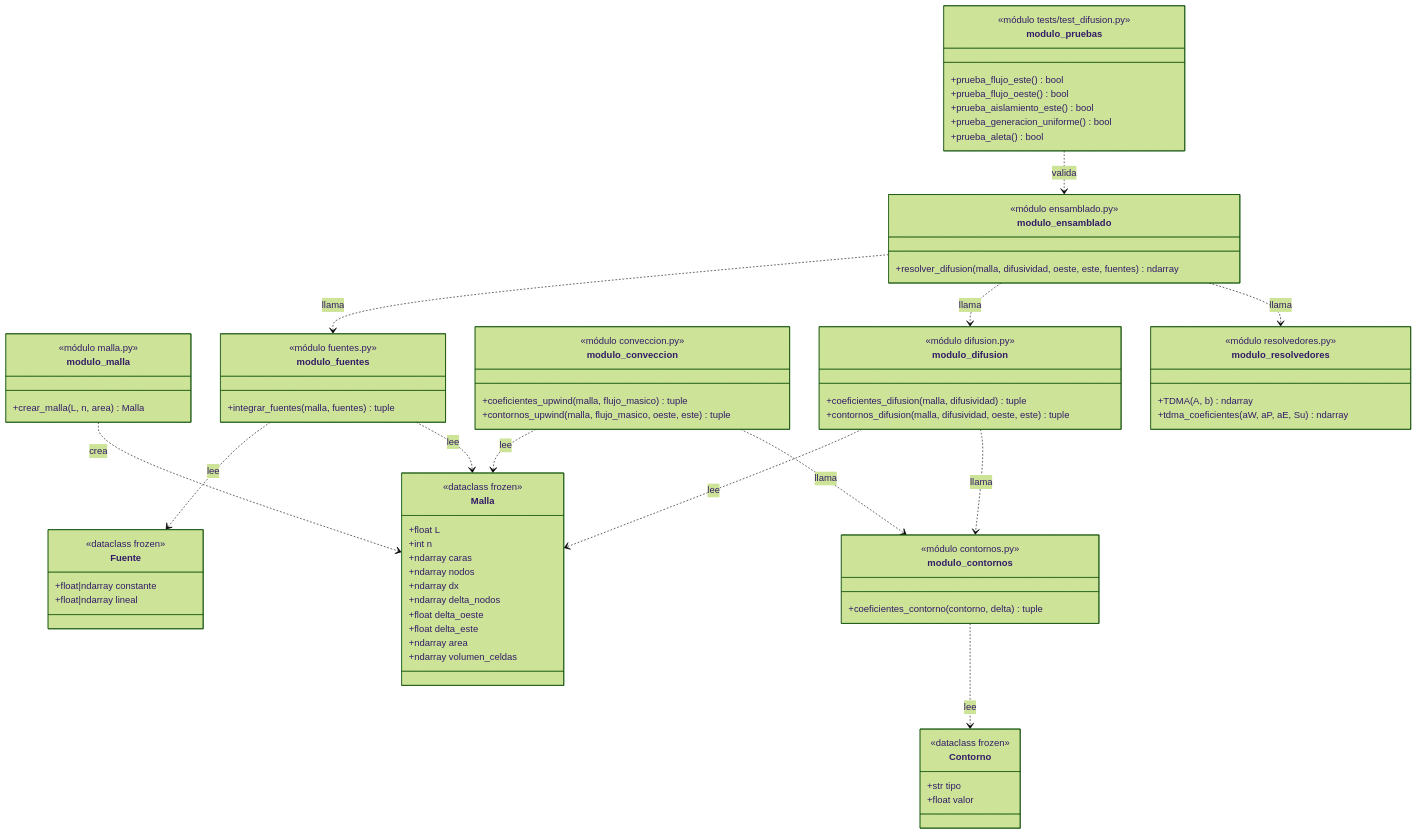
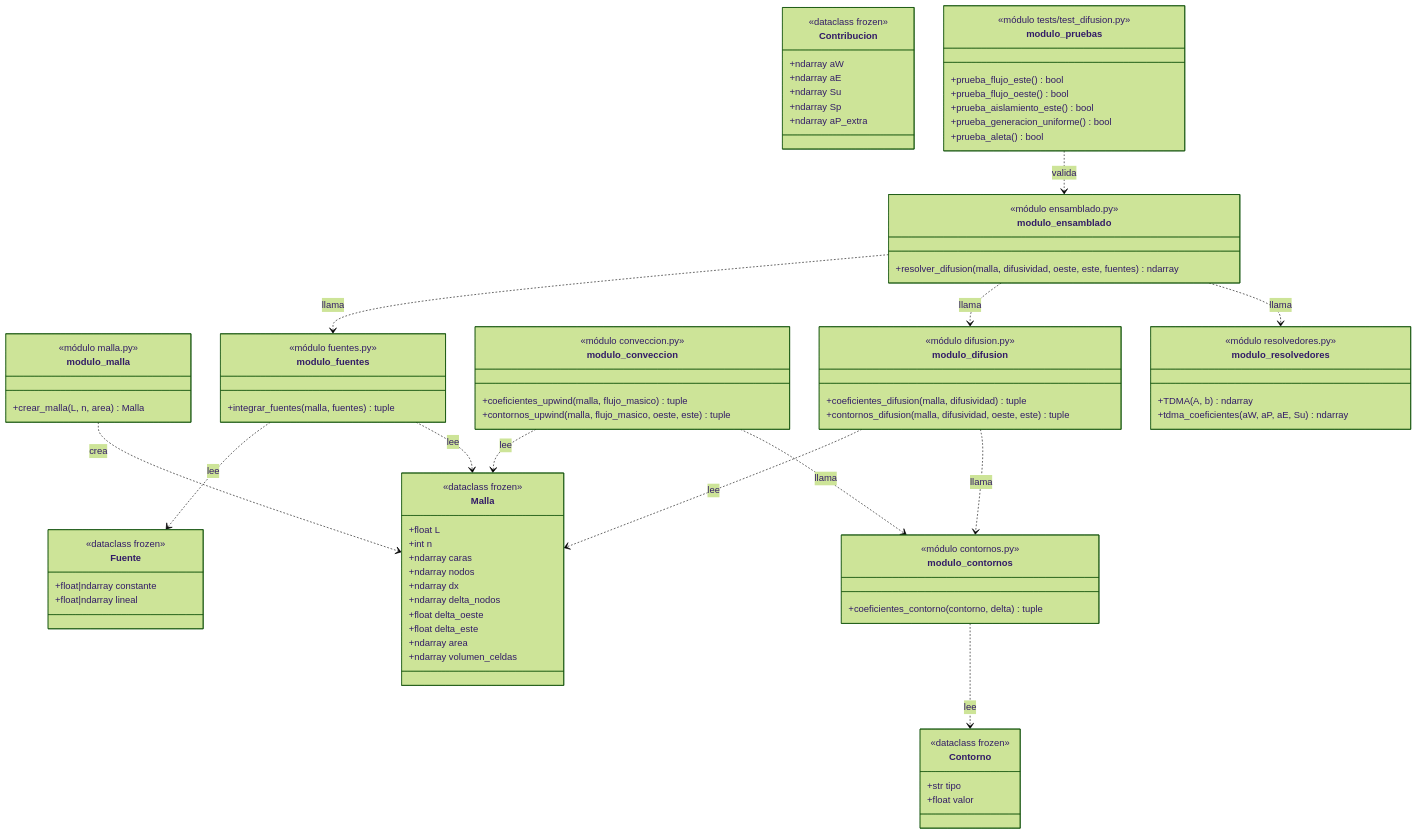
Before and after one commit to nicovarelaboo/versteeg-fvm: the first of 3 diagrams in docs/diseno.md, drawn with Mermaid (forest theme). The commit also changed other lines of this file and 1 other file, not shown here.

Commit message:
feat(fvm): añade la dataclass Contribucion

```diff
--- a/docs/diseno.md
+++ b/docs/diseno.md
@@ -59,6 +64,14 @@
         <<dataclass frozen>>
         +str tipo
         +float valor
+    }
+    class Contribucion {
+        <<dataclass frozen>>
+        +ndarray aW
+        +ndarray aE
+        +ndarray Su
+        +ndarray Sp
+        +ndarray aP_extra
     }
     class modulo_malla {
         <<módulo malla.py>>
```
